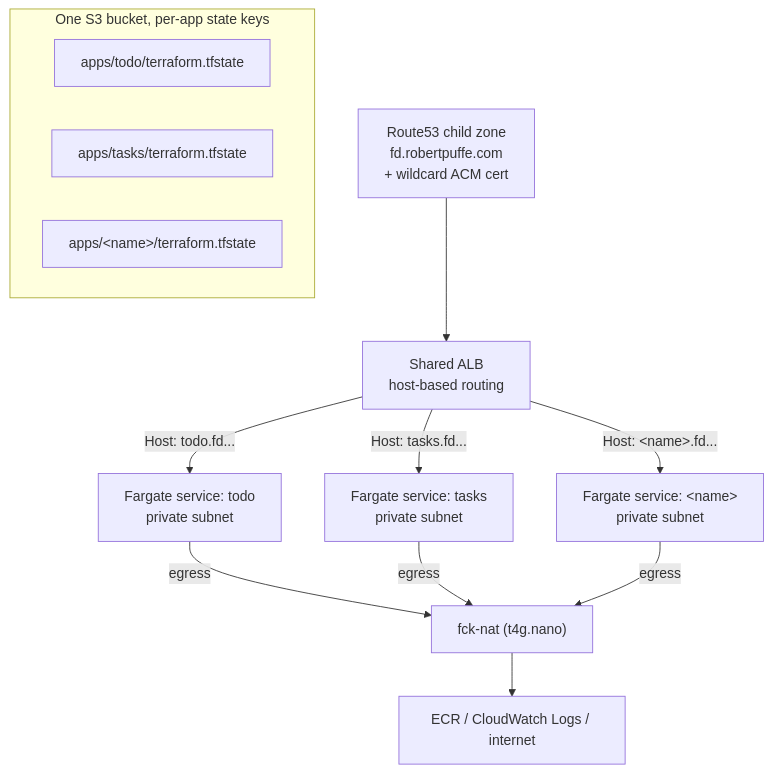
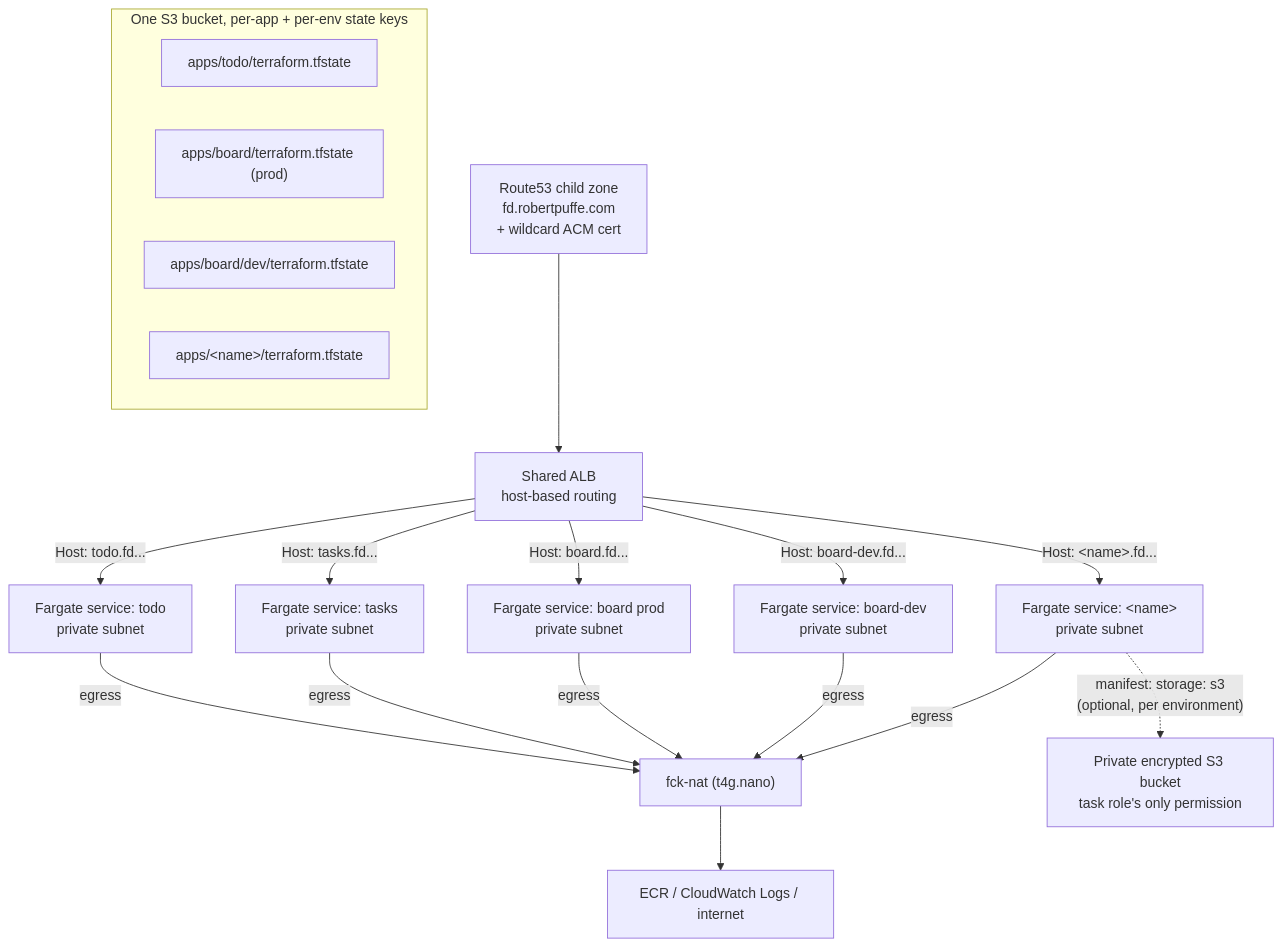
Before and after one commit to rpuffe/flightdeck: the third of 3 diagrams in README.md, drawn with Mermaid. The commit also changed other lines of this file, not shown here.

````diff
--- a/README.md
+++ b/README.md
@@ -31,14 +65,18 @@
 ```mermaid
 flowchart TB
     R["Route53 child zone<br/>fd.robertpuffe.com<br/>+ wildcard ACM cert"] --> ALB["Shared ALB<br/>host-based routing"]
     ALB -->|Host: todo.fd...| S1["Fargate service: todo<br/>private subnet"]
     ALB -->|Host: tasks.fd...| S2["Fargate service: tasks<br/>private subnet"]
-    ALB -->|Host: &lt;name&gt;.fd...| S3["Fargate service: &lt;name&gt;<br/>private subnet"]
-    S1 & S2 & S3 -->|egress| NAT["fck-nat (t4g.nano)"]
+    ALB -->|Host: board.fd...| S3P["Fargate service: board prod<br/>private subnet"]
+    ALB -->|Host: board-dev.fd...| S3D["Fargate service: board-dev<br/>private subnet"]
+    ALB -->|Host: &lt;name&gt;.fd...| S4["Fargate service: &lt;name&gt;<br/>private subnet"]
+    S1 & S2 & S3P & S3D & S4 -->|egress| NAT["fck-nat (t4g.nano)"]
     NAT --> INET["ECR / CloudWatch Logs / internet"]
-    subgraph State["One S3 bucket, per-app state keys"]
+    S4 -. "manifest: storage: s3<br/>(optional, per environment)" .-> BUCKET["Private encrypted S3 bucket<br/>task role's only permission"]
+    subgraph State["One S3 bucket, per-app + per-env state keys"]
         K1["apps/todo/terraform.tfstate"]
-        K2["apps/tasks/terraform.tfstate"]
-        K3["apps/&lt;name&gt;/terraform.tfstate"]
+        K2["apps/board/terraform.tfstate (prod)"]
+        K3["apps/board/dev/terraform.tfstate"]
+        K4["apps/&lt;name&gt;/terraform.tfstate"]
     end
 ```
````
